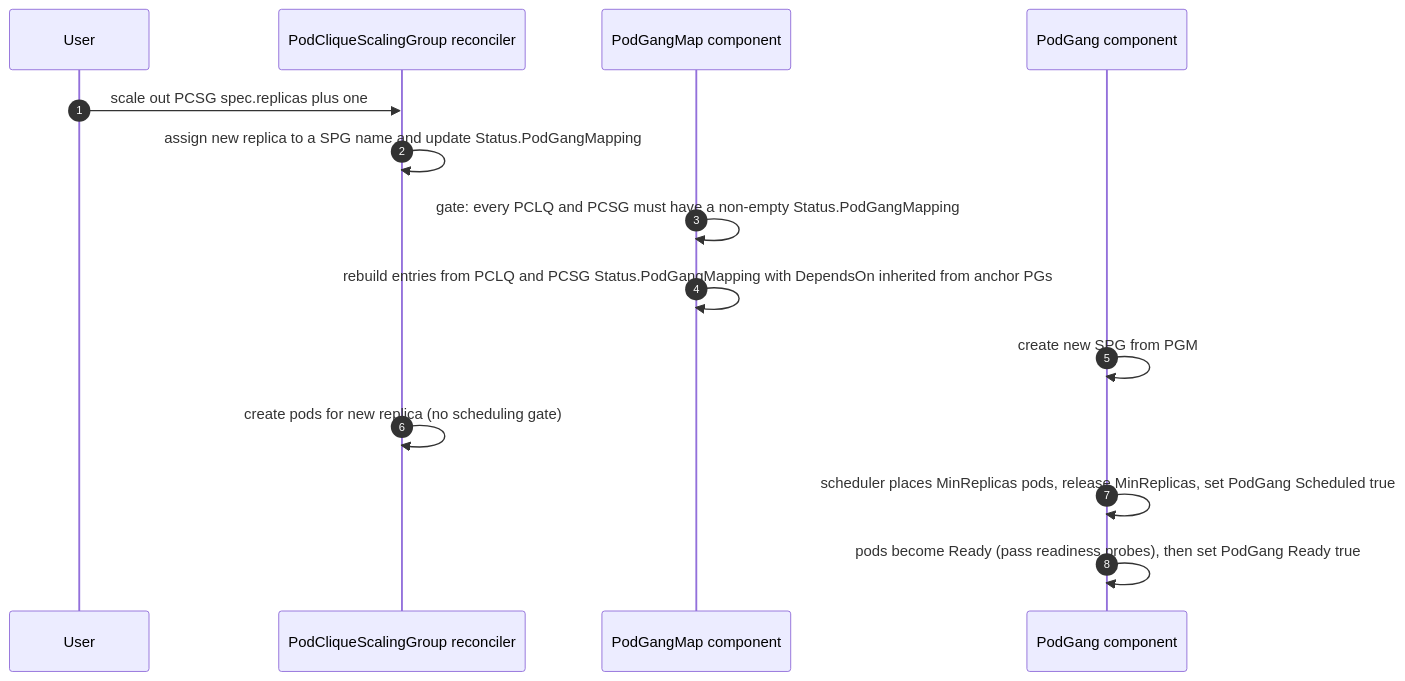
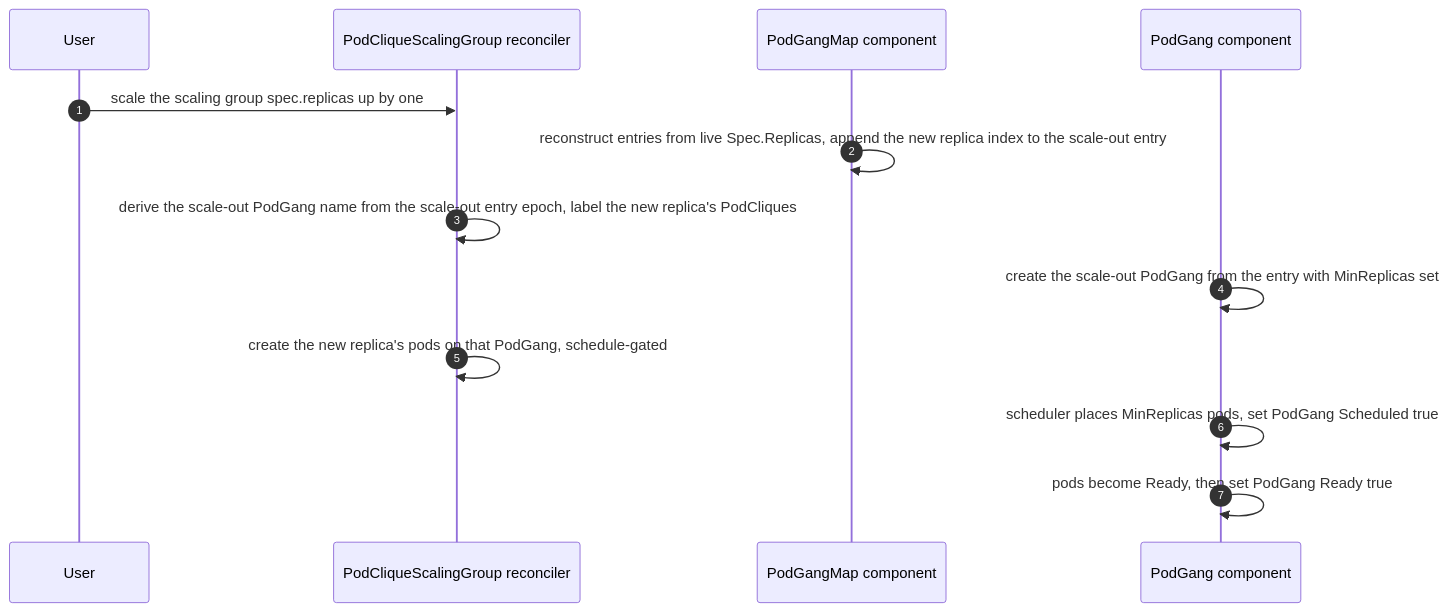
One commit to unmarshall/grove changed the third of 4 diagrams in docs/proposals/393-coherent-rolling-updates/README.md. Above: the diagram before and after it, drawn with Mermaid. The commit also changed other lines of this file and 122 other files, not shown here.

````diff
--- a/docs/proposals/393-coherent-rolling-updates/README.md
+++ b/docs/proposals/393-coherent-rolling-updates/README.md
@@ -671,17 +822,16 @@
 ```mermaid
 sequenceDiagram
   autonumber
   participant User
   participant PCSG as PodCliqueScalingGroup reconciler
   participant PGM as PodGangMap component
   participant PG as PodGang component
 
-  User->>PCSG: scale out PCSG spec.replicas plus one
-  PCSG->>PCSG: assign new replica to a SPG name and update Status.PodGangMapping
-  PGM->>PGM: gate: every PCLQ and PCSG must have a non-empty Status.PodGangMapping
-  PGM->>PGM: rebuild entries from PCLQ and PCSG Status.PodGangMapping with DependsOn inherited from anchor PGs
-  PG->>PG: create new SPG from PGM
-  PCSG->>PCSG: create pods for new replica (no scheduling gate)
-  PG->>PG: scheduler places MinReplicas pods, release MinReplicas, set PodGang Scheduled true
-  PG->>PG: pods become Ready (pass readiness probes), then set PodGang Ready true
+  User->>PCSG: scale the scaling group spec.replicas up by one
+  PGM->>PGM: reconstruct entries from live Spec.Replicas, append the new replica index to the scale-out entry
+  PCSG->>PCSG: derive the scale-out PodGang name from the scale-out entry epoch, label the new replica's PodCliques
+  PG->>PG: create the scale-out PodGang from the entry with MinReplicas set
+  PCSG->>PCSG: create the new replica's pods on that PodGang, schedule-gated
+  PG->>PG: scheduler places MinReplicas pods, set PodGang Scheduled true
+  PG->>PG: pods become Ready, then set PodGang Ready true
 ```
````
